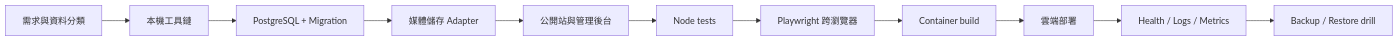
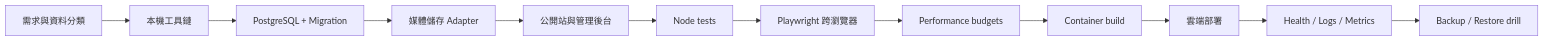
The diagram in docs/site-handbook/README.md (royleon4/huang_yeh_wedding), drawn with Mermaid before and after one commit. The commit also changed other lines of this file, not shown here.

Commit message:
Update handbook index for current performance gate

````diff
--- a/docs/site-handbook/README.md
+++ b/docs/site-handbook/README.md
@@ -78,13 +79,14 @@
 ```mermaid
 flowchart LR
   A[需求與資料分類] --> B[本機工具鏈]
   B --> C[PostgreSQL + Migration]
   C --> D[媒體儲存 Adapter]
   D --> E[公開站與管理後台]
   E --> F[Node tests]
   F --> G[Playwright 跨瀏覽器]
-  G --> H[Container build]
+  G --> P[Performance budgets]
+  P --> H[Container build]
   H --> I[雲端部署]
   I --> J[Health / Logs / Metrics]
   J --> K[Backup / Restore drill]
 ```
````
